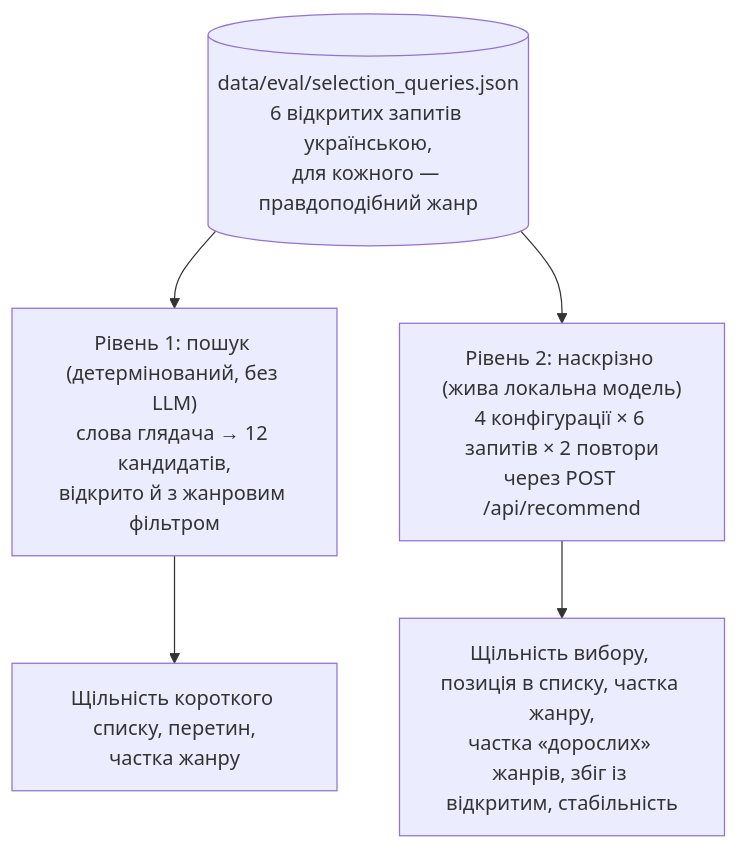
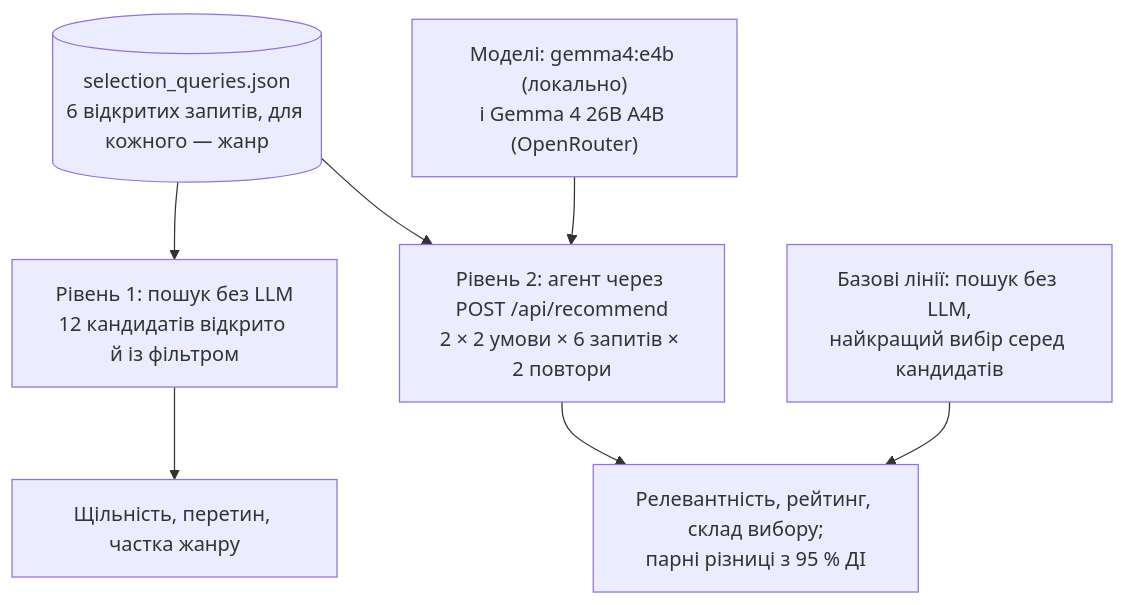
The diagram in docs/09-selection-parameters.md (woldemarg/movie_rs), drawn with Mermaid before and after one commit. The commit also changed other lines of this file and 7 other files, not shown here.

````diff
--- a/docs/09-selection-parameters.md
+++ b/docs/09-selection-parameters.md
@@ -13,11 +34,16 @@
 ```mermaid
 flowchart TB
-    bench[("data/eval/selection_queries.json<br/>6 відкритих запитів українською,<br/>для кожного — правдоподібний жанр")]
-    l1["Рівень 1: пошук (детермінований, без LLM)<br/>слова глядача → 12 кандидатів,<br/>відкрито й з жанровим фільтром"]
-    l2["Рівень 2: наскрізно (жива локальна модель)<br/>4 конфігурації × 6 запитів × 2 повтори<br/>через POST /api/recommend"]
-    m1["Щільність короткого списку, перетин,<br/>частка жанру"]
-    m2["Щільність вибору, позиція в списку, частка жанру,<br/>частка «дорослих» жанрів, збіг із відкритим, стабільність"]
+    bench[("selection_queries.json<br/>6 відкритих запитів, для кожного — жанр")]
+    l1["Рівень 1: пошук без LLM<br/>12 кандидатів відкрито й із фільтром"]
+    models["Моделі: gemma4:e4b (локально)<br/>і Gemma 4 26B A4B (OpenRouter)"]
+    l2["Рівень 2: агент через POST /api/recommend<br/>2 × 2 умови × 6 запитів × 2 повтори"]
+    base["Базові лінії: пошук без LLM,<br/>найкращий вибір серед кандидатів"]
+    m1["Щільність, перетин, частка жанру"]
+    m2["Релевантність, рейтинг, склад вибору;<br/>парні різниці з 95 % ДІ"]
 
     bench --> l1 --> m1
-    bench --> l2 --> m2
+    bench --> l2
+    models --> l2
+    l2 --> m2
+    base --> m2
 ```
````
